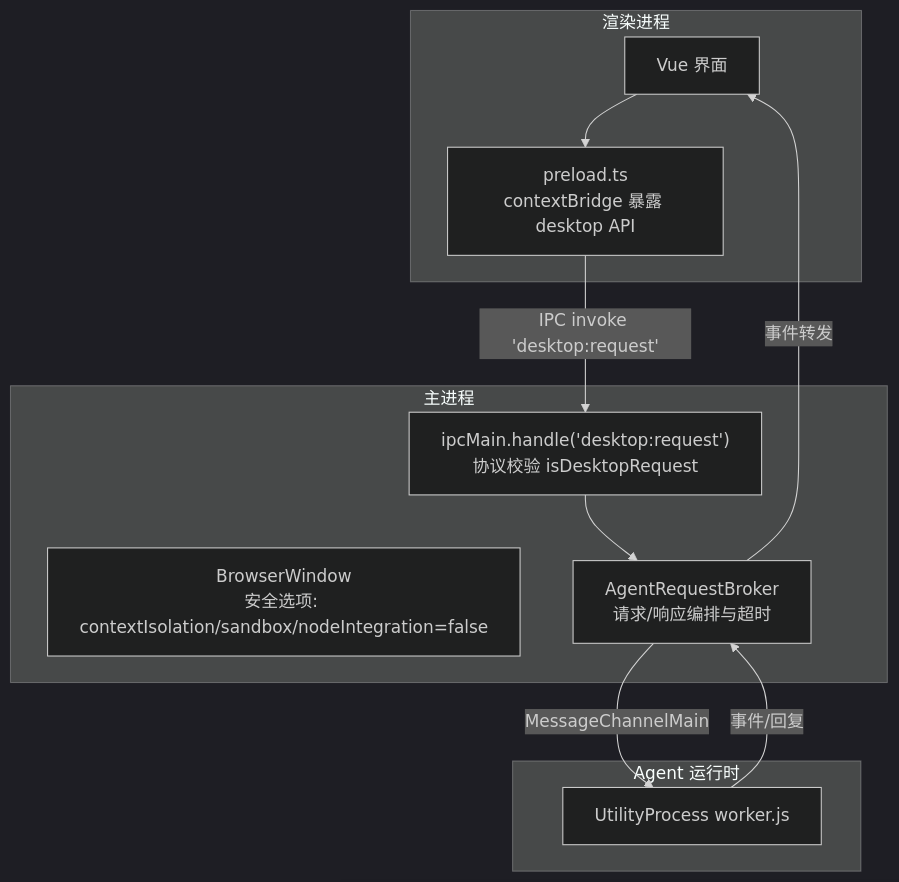
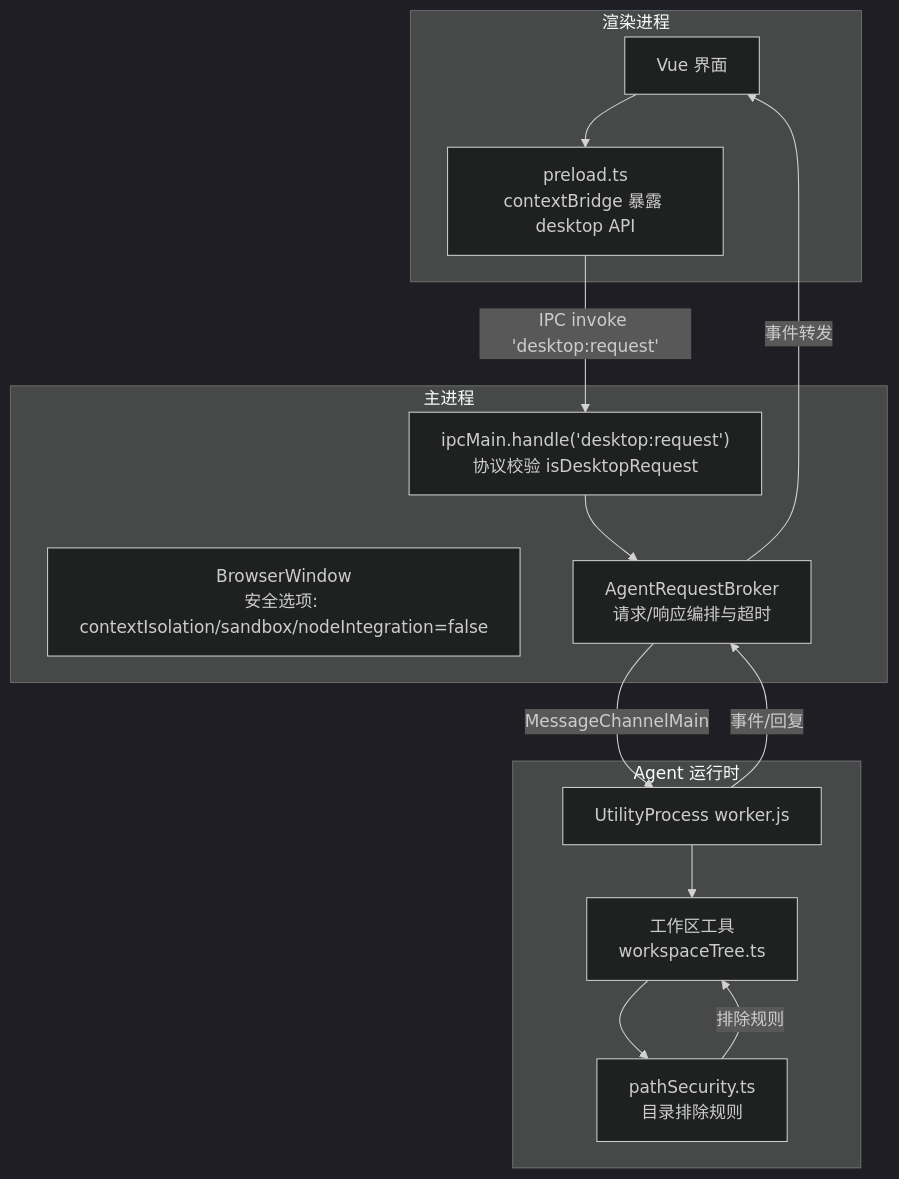
One commit to dyx-9163/ai-aifar changed the first of 5 diagrams in .qoder/repowiki/zh/content/架构设计/安全模型/访问控制.md. Above: the diagram before and after it, drawn with Mermaid (dark theme). The commit also changed other lines of this file and 28 other files, not shown here.

````diff
--- a/.qoder/repowiki/zh/content/架构设计/安全模型/访问控制.md
+++ b/.qoder/repowiki/zh/content/架构设计/安全模型/访问控制.md
@@ -35,21 +45,26 @@
 ```mermaid
 graph TB
 subgraph "渲染进程"
 RUI["Vue 界面"]
 RPre["preload.ts<br/>contextBridge 暴露 desktop API"]
 end
 subgraph "主进程"
 MWin["BrowserWindow<br/>安全选项: contextIsolation/sandbox/nodeIntegration=false"]
 MIpc["ipcMain.handle('desktop:request')<br/>协议校验 isDesktopRequest"]
 Broker["AgentRequestBroker<br/>请求/响应编排与超时"]
 end
 subgraph "Agent 运行时"
 Worker["UtilityProcess worker.js"]
+Tools["工作区工具<br/>workspaceTree.ts"]
+PathSec["pathSecurity.ts<br/>目录排除规则"]
 end
 RUI --> RPre
 RPre --> |IPC invoke 'desktop:request'| MIpc
 MIpc --> Broker
 Broker --> |MessageChannelMain| Worker
+Worker --> Tools
+Tools --> PathSec
+PathSec --> |排除规则| Tools
 Worker --> |事件/回复| Broker
 Broker --> |事件转发| RUI
 ```
````
